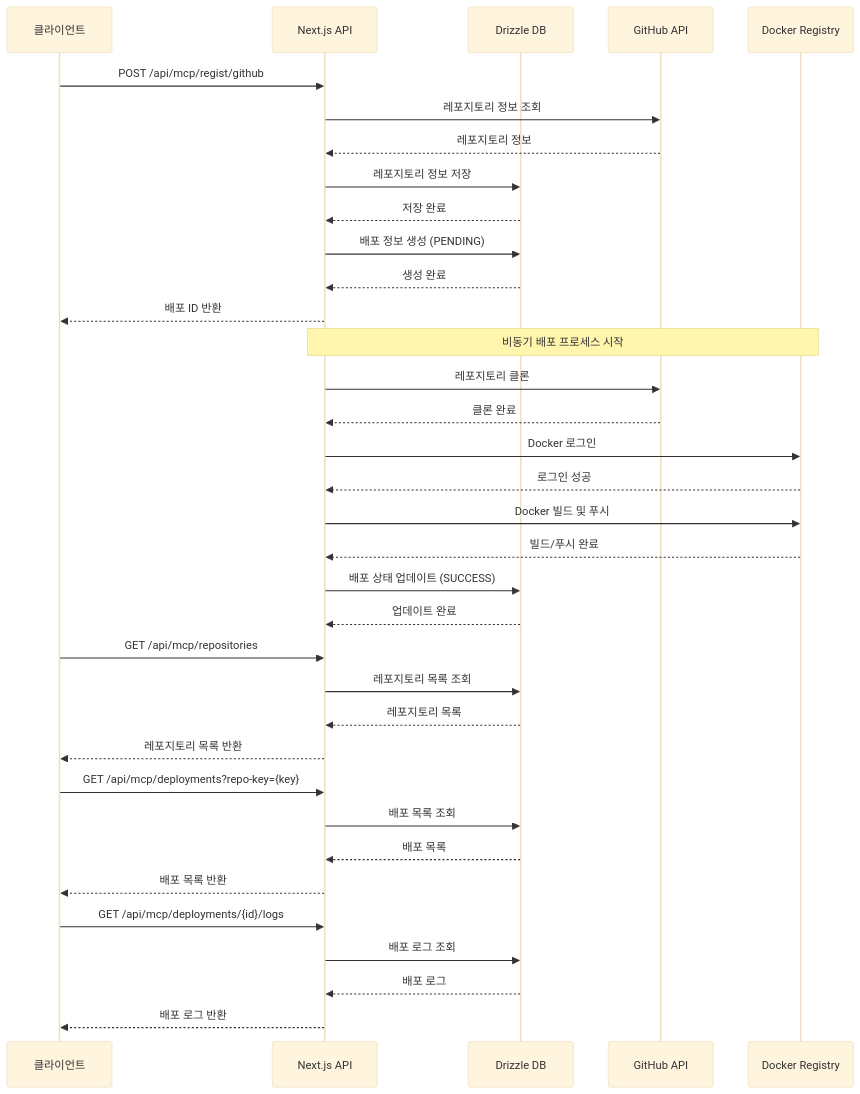
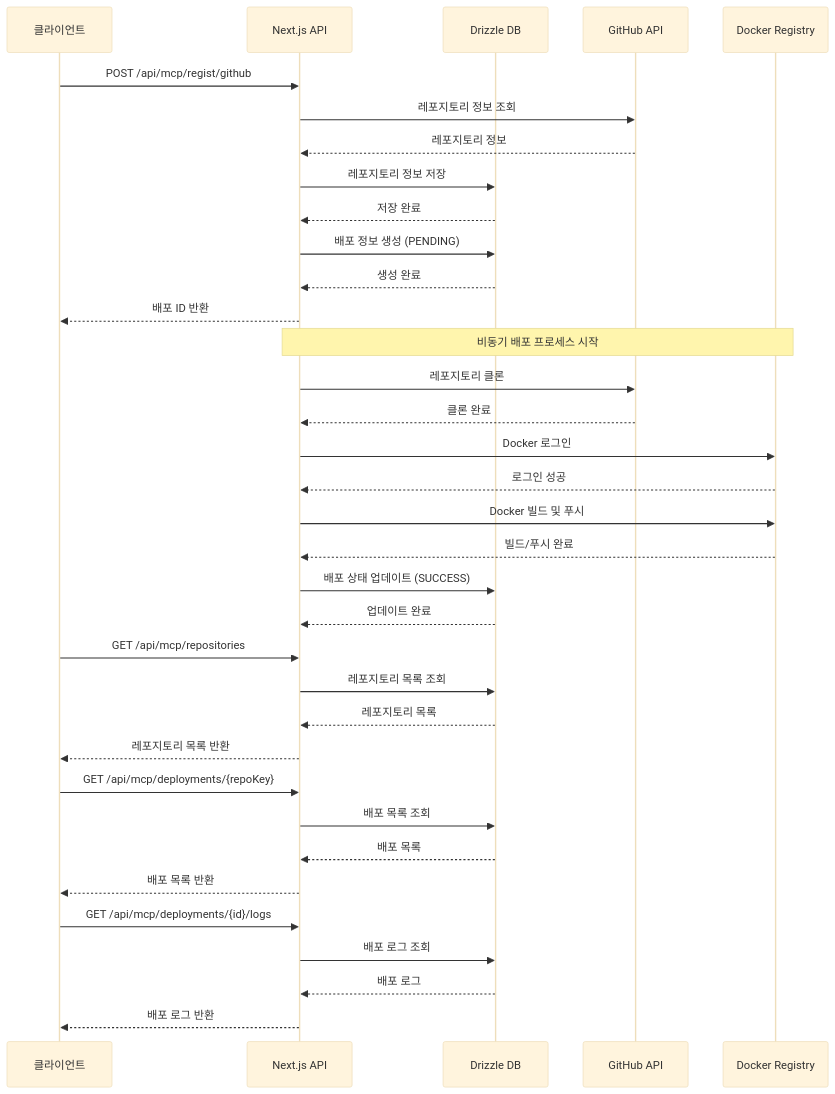
Before and after one commit to JHSeo-git/mcp-registry: the diagram in docs/process-flow.md, drawn with Mermaid (base theme). The commit also changed 22 other files, not shown here.

Commit message:
feat: add APIs and components related to servers and tools, update database schema

````diff
--- a/docs/process-flow.md
+++ b/docs/process-flow.md
@@ -1,47 +1,47 @@
 ```mermaid
 sequenceDiagram
     participant Client as 클라이언트
     participant API as Next.js API
     participant DB as Drizzle DB
     participant GitHub as GitHub API
     participant Docker as Docker Registry
 
     %% 레포지토리 등록 프로세스
     Client->>API: POST /api/mcp/regist/github
     API->>GitHub: 레포지토리 정보 조회
     GitHub-->>API: 레포지토리 정보
     API->>DB: 레포지토리 정보 저장
     DB-->>API: 저장 완료
     API->>DB: 배포 정보 생성 (PENDING)
     DB-->>API: 생성 완료
     API-->>Client: 배포 ID 반환
 
     %% 배포 프로세스 (비동기)
     Note over API,Docker: 비동기 배포 프로세스 시작
     API->>GitHub: 레포지토리 클론
     GitHub-->>API: 클론 완료
     API->>Docker: Docker 로그인
     Docker-->>API: 로그인 성공
     API->>Docker: Docker 빌드 및 푸시
     Docker-->>API: 빌드/푸시 완료
     API->>DB: 배포 상태 업데이트 (SUCCESS)
     DB-->>API: 업데이트 완료
 
     %% 레포지토리 목록 조회
     Client->>API: GET /api/mcp/repositories
     API->>DB: 레포지토리 목록 조회
     DB-->>API: 레포지토리 목록
     API-->>Client: 레포지토리 목록 반환
 
     %% 배포 목록 조회
-    Client->>API: GET /api/mcp/deployments?repo-key={key}
+    Client->>API: GET /api/mcp/deployments/{repoKey}
     API->>DB: 배포 목록 조회
     DB-->>API: 배포 목록
     API-->>Client: 배포 목록 반환
 
     %% 배포 로그 조회
     Client->>API: GET /api/mcp/deployments/{id}/logs
     API->>DB: 배포 로그 조회
     DB-->>API: 배포 로그
     API-->>Client: 배포 로그 반환
 ```
````
